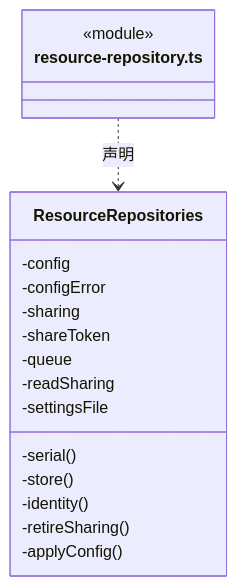
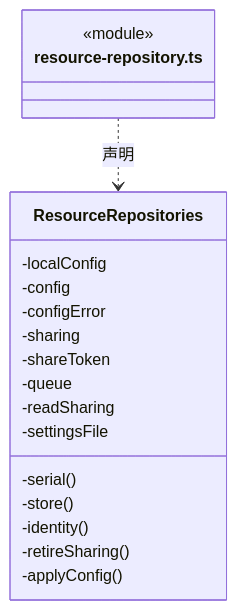
The fifth of 8 diagrams in src/logic/resources/service/ARCHITECTURE.md (nan023062/cbim), drawn with Mermaid before and after one commit. The commit also changed other lines of this file and 139 other files, not shown here.

Commit message:
docs(architecture): add source reading paths and complete file inventories

````diff
--- a/src/logic/resources/service/ARCHITECTURE.md
+++ b/src/logic/resources/service/ARCHITECTURE.md
@@ -116,21 +121,22 @@
 ```mermaid
 classDiagram
 class N_src_logic_resources_service_resource_repository_ts["resource-repository.ts"] {
   <<module>>
 }
 class N_src_logic_resources_service_resource_repository_ts_ResourceRepositories["ResourceRepositories"] {
+  -localConfig
   -config
   -configError
   -sharing
   -shareToken
   -queue
   -readSharing
   -settingsFile
   -serial()
   -store()
   -identity()
   -retireSharing()
   -applyConfig()
 }
 N_src_logic_resources_service_resource_repository_ts ..> N_src_logic_resources_service_resource_repository_ts_ResourceRepositories : 声明
 ```
````
